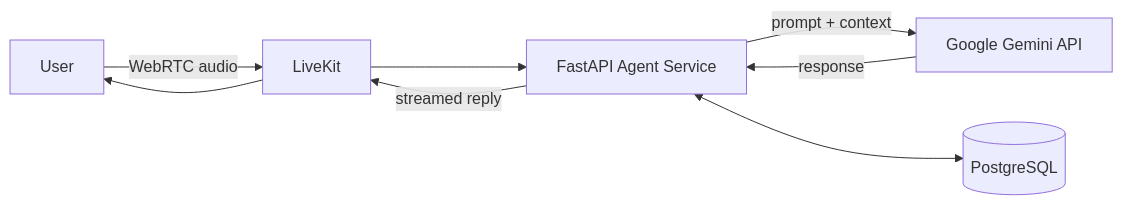
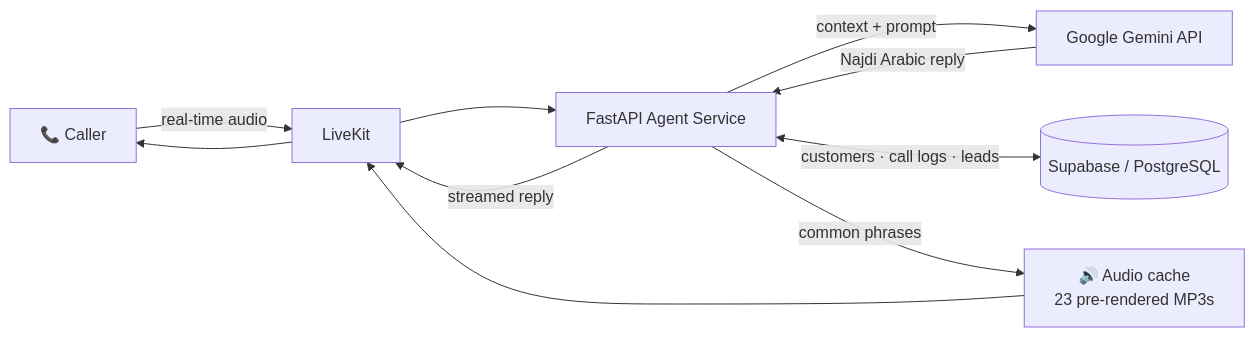
One commit to Ahmedin-Jamil/Ahmedin-Jamil changed the diagram in ReadMe.md. Above: the diagram before and after it, drawn with Mermaid. The commit also changed other lines of this file, not shown here.

````diff
--- a/ReadMe.md
+++ b/ReadMe.md
@@ -30,10 +31,12 @@
 ```mermaid
 flowchart LR
-    U[User] -->|WebRTC audio| L[LiveKit]
+    C[📞 Caller] -->|real-time audio| L[LiveKit]
     L --> A[FastAPI Agent Service]
-    A -->|prompt + context| G[Google Gemini API]
-    G -->|response| A
-    A <--> P[(PostgreSQL)]
+    A -->|context + prompt| G[Google Gemini API]
+    G -->|Najdi Arabic reply| A
+    A <-->|customers · call logs · leads| S[(Supabase / PostgreSQL)]
+    A -->|common phrases| M[🔊 Audio cache<br/>23 pre-rendered MP3s]
+    M --> L
     A -->|streamed reply| L
-    L --> U
+    L --> C
 ```
````
